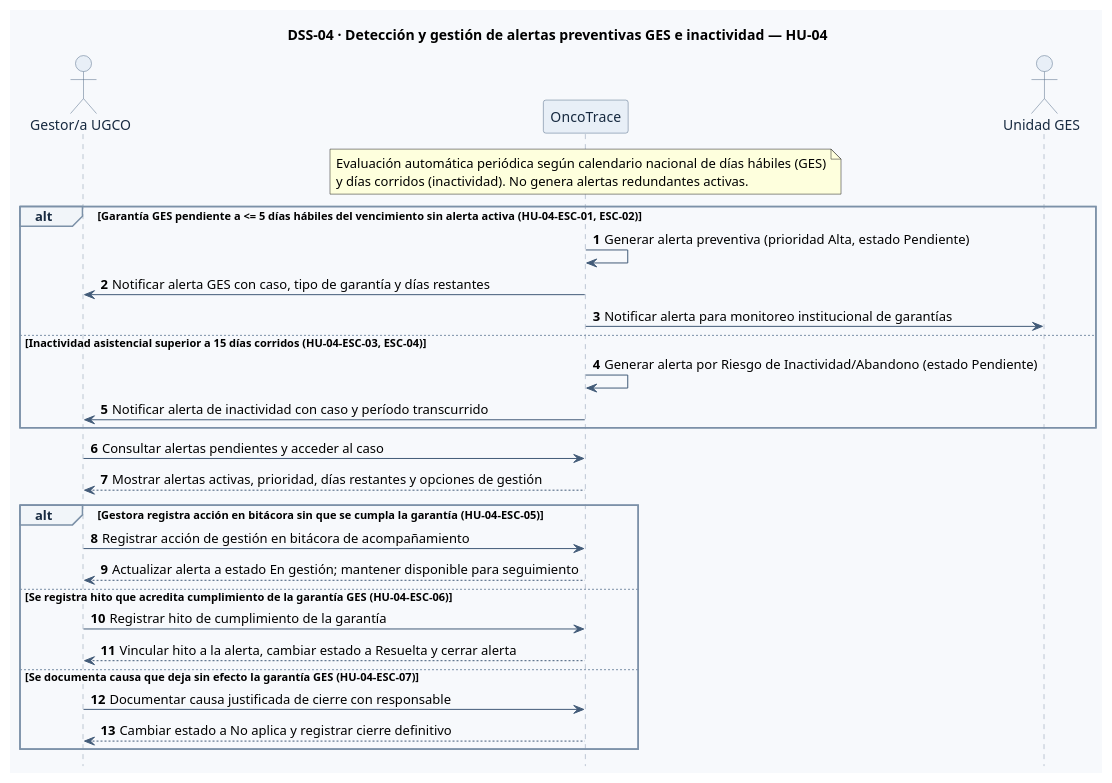
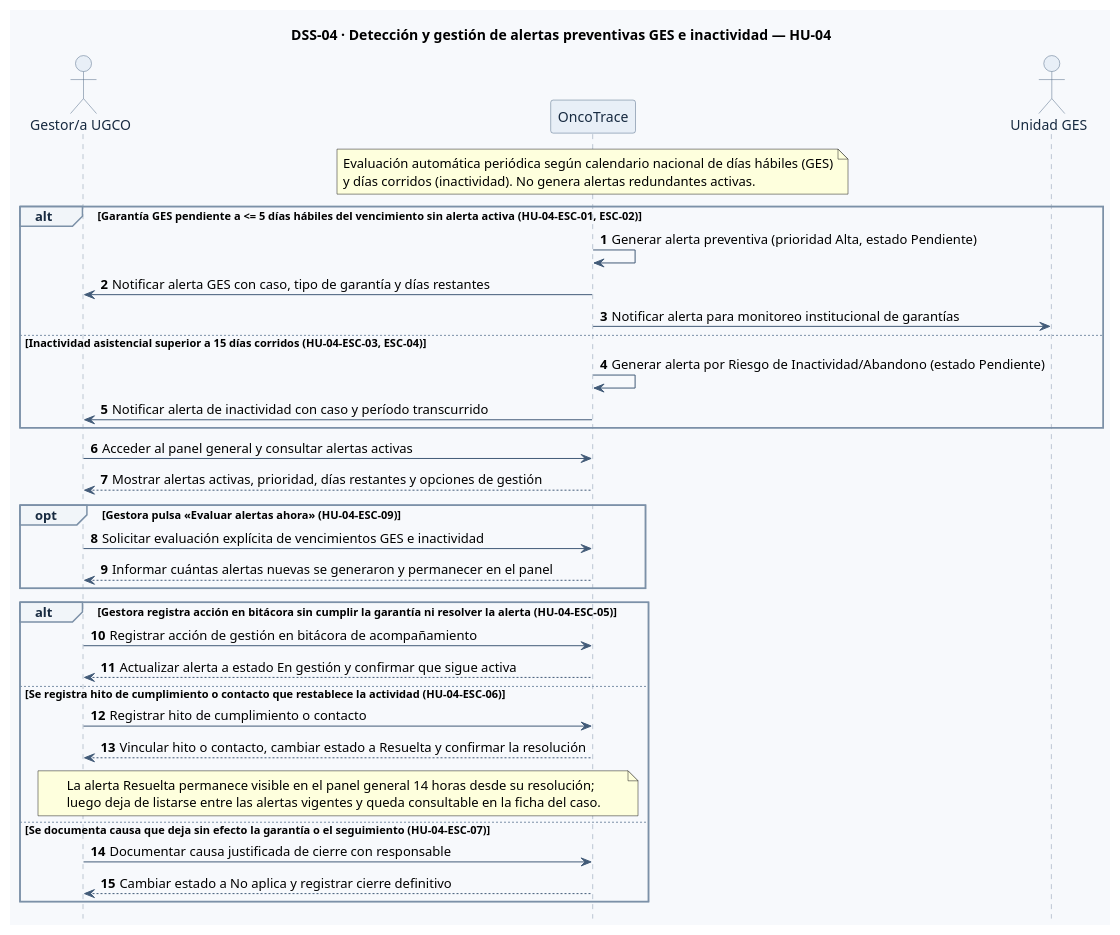
Before and after one commit to br1fz/OncoTrace: the fourth of 4 diagrams in diagramas/diagramas-secuencia.puml, drawn with PlantUML. The commit also changed 10 other files, not shown here.

Commit message:
docs(hu-04): actualizar especificacion tras validacion (CA4, CA5, ESC-05 a ESC-07, ESC-09, EST-01, DSS-04)

```diff
--- a/diagramas/diagramas-secuencia.puml
+++ b/diagramas/diagramas-secuencia.puml
@@ -216,56 +216,65 @@
 @startuml DSS-04-HU-04
 hide footbox
 autonumber
 skinparam shadowing false
 skinparam backgroundColor #F7F9FC
 skinparam defaultFontName SansSerif
 skinparam sequence {
   ArrowColor #425B78
   LifeLineBorderColor #8295AA
   LifeLineBackgroundColor #F0F4F8
   ParticipantBorderColor #526B87
   ParticipantBackgroundColor #E8EFF7
   ParticipantFontColor #172A40
   ActorBorderColor #526B87
   ActorBackgroundColor #E8EFF7
   ActorFontColor #172A40
   BoxBorderColor #CBD5E1
   BoxBackgroundColor #F8FAFC
   GroupBorderColor #7C91A8
   GroupBackgroundColor #F1F5F9
   GroupHeaderFontColor #172A40
   ResponseMessageBelowArrow true
 }
 title DSS-04 · Detección y gestión de alertas preventivas GES e inactividad — HU-04
 actor "Gestor/a UGCO" as Gestor
 participant "OncoTrace" as OT
 actor "Unidad GES" as GES
 
 note over OT
 Evaluación automática periódica según calendario nacional de días hábiles (GES)
 y días corridos (inactividad). No genera alertas redundantes activas.
 end note
 
 alt Garantía GES pendiente a <= 5 días hábiles del vencimiento sin alerta activa (HU-04-ESC-01, ESC-02)
   OT -> OT: Generar alerta preventiva (prioridad Alta, estado Pendiente)
   OT -> Gestor: Notificar alerta GES con caso, tipo de garantía y días restantes
   OT -> GES: Notificar alerta para monitoreo institucional de garantías
 else Inactividad asistencial superior a 15 días corridos (HU-04-ESC-03, ESC-04)
   OT -> OT: Generar alerta por Riesgo de Inactividad/Abandono (estado Pendiente)
   OT -> Gestor: Notificar alerta de inactividad con caso y período transcurrido
 end
 
-Gestor -> OT: Consultar alertas pendientes y acceder al caso
+Gestor -> OT: Acceder al panel general y consultar alertas activas
 OT --> Gestor: Mostrar alertas activas, prioridad, días restantes y opciones de gestión
 
-alt Gestora registra acción en bitácora sin que se cumpla la garantía (HU-04-ESC-05)
+opt Gestora pulsa «Evaluar alertas ahora» (HU-04-ESC-09)
+  Gestor -> OT: Solicitar evaluación explícita de vencimientos GES e inactividad
+  OT --> Gestor: Informar cuántas alertas nuevas se generaron y permanecer en el panel
+end
+
+alt Gestora registra acción en bitácora sin cumplir la garantía ni resolver la alerta (HU-04-ESC-05)
   Gestor -> OT: Registrar acción de gestión en bitácora de acompañamiento
-  OT --> Gestor: Actualizar alerta a estado En gestión; mantener disponible para seguimiento
-else Se registra hito que acredita cumplimiento de la garantía GES (HU-04-ESC-06)
-  Gestor -> OT: Registrar hito de cumplimiento de la garantía
-  OT --> Gestor: Vincular hito a la alerta, cambiar estado a Resuelta y cerrar alerta
-else Se documenta causa que deja sin efecto la garantía GES (HU-04-ESC-07)
+  OT --> Gestor: Actualizar alerta a estado En gestión y confirmar que sigue activa
+else Se registra hito de cumplimiento o contacto que restablece la actividad (HU-04-ESC-06)
+  Gestor -> OT: Registrar hito de cumplimiento o contacto
+  OT --> Gestor: Vincular hito o contacto, cambiar estado a Resuelta y confirmar la resolución
+  note over OT, Gestor
+La alerta Resuelta permanece visible en el panel general 14 horas desde su resolución;
+luego deja de listarse entre las alertas vigentes y queda consultable en la ficha del caso.
+end note
+else Se documenta causa que deja sin efecto la garantía o el seguimiento (HU-04-ESC-07)
   Gestor -> OT: Documentar causa justificada de cierre con responsable
   OT --> Gestor: Cambiar estado a No aplica y registrar cierre definitivo
 end
 @enduml
```
